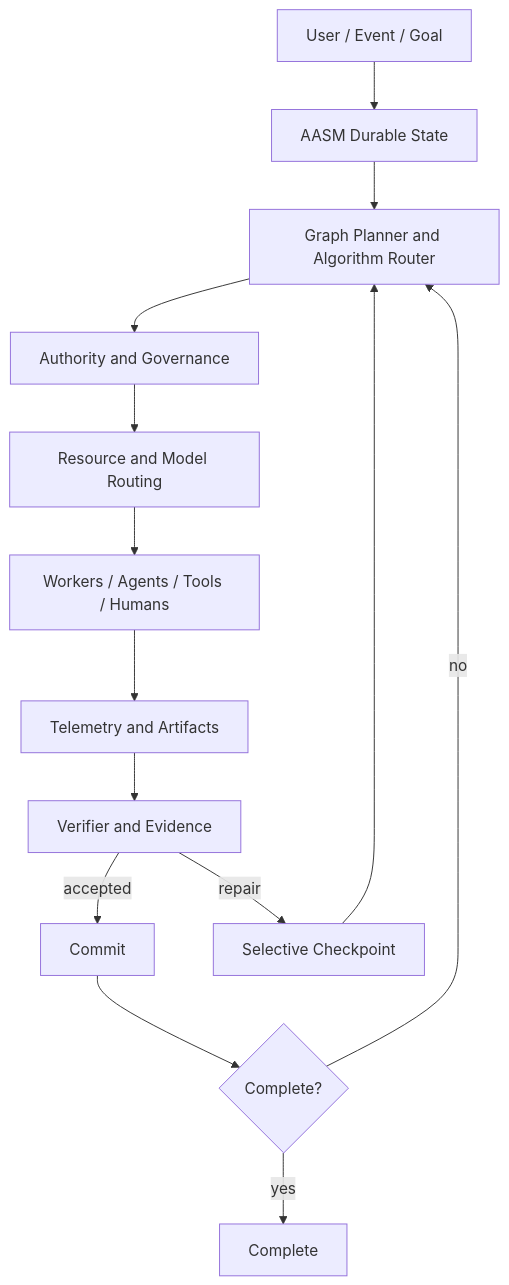
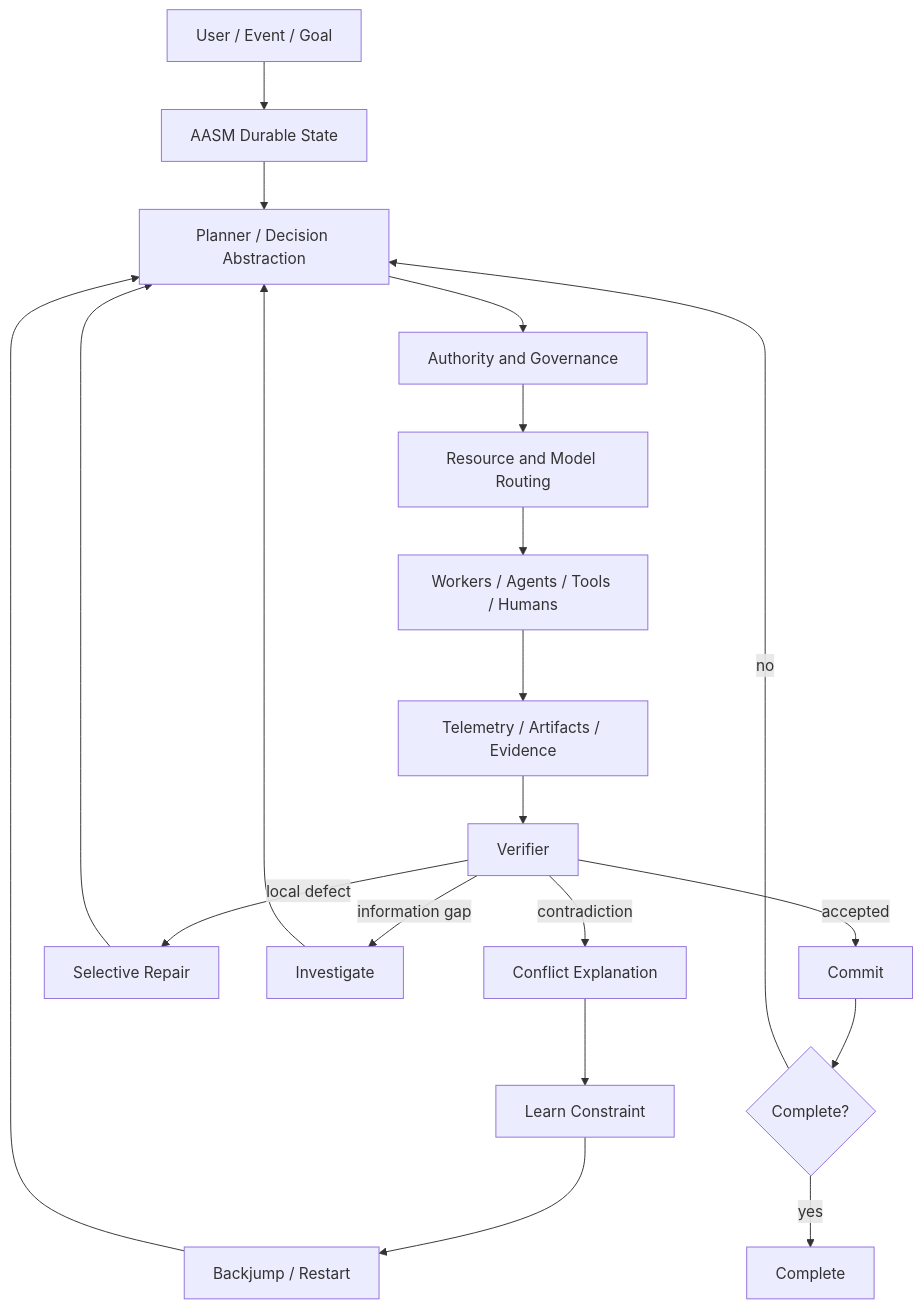
One commit to halthinks/AASM changed the diagram in README.md. Above: the diagram before and after it, drawn with Mermaid. The commit also changed other lines of this file and 18 other files, not shown here.

````diff
--- a/README.md
+++ b/README.md
@@ -138,16 +200,22 @@
 ```mermaid
 flowchart TD
     U[User / Event / Goal] --> S[AASM Durable State]
-    S --> P[Graph Planner and Algorithm Router]
+    S --> P[Planner / Decision Abstraction]
     P --> A[Authority and Governance]
     A --> R[Resource and Model Routing]
     R --> W[Workers / Agents / Tools / Humans]
-    W --> T[Telemetry and Artifacts]
-    T --> V[Verifier and Evidence]
+    W --> T[Telemetry / Artifacts / Evidence]
+    T --> V[Verifier]
     V -->|accepted| C[Commit]
-    V -->|repair| X[Selective Checkpoint]
+    V -->|local defect| X[Selective Repair]
+    V -->|information gap| I[Investigate]
+    V -->|contradiction| F[Conflict Explanation]
+    F --> L[Learn Constraint]
+    L --> B[Backjump / Restart]
     X --> P
+    I --> P
+    B --> P
     C --> D{Complete?}
     D -->|no| P
     D -->|yes| Z[Complete]
 ```
````
